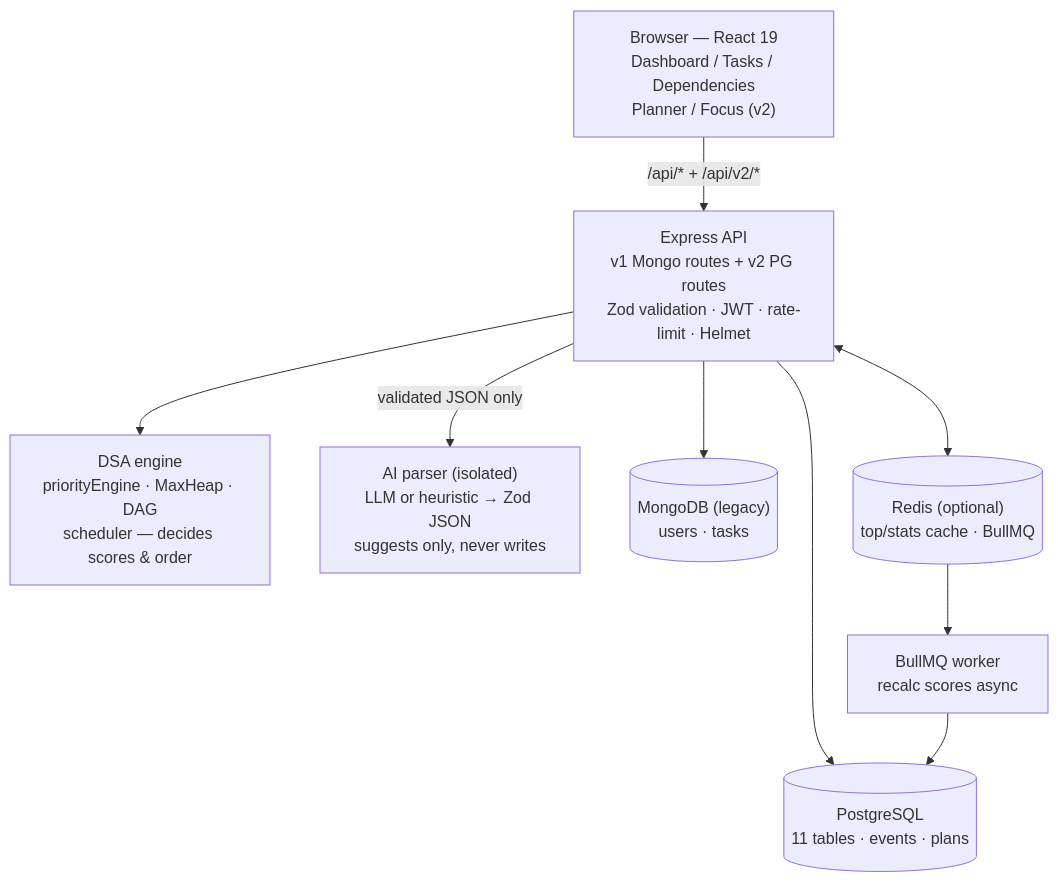
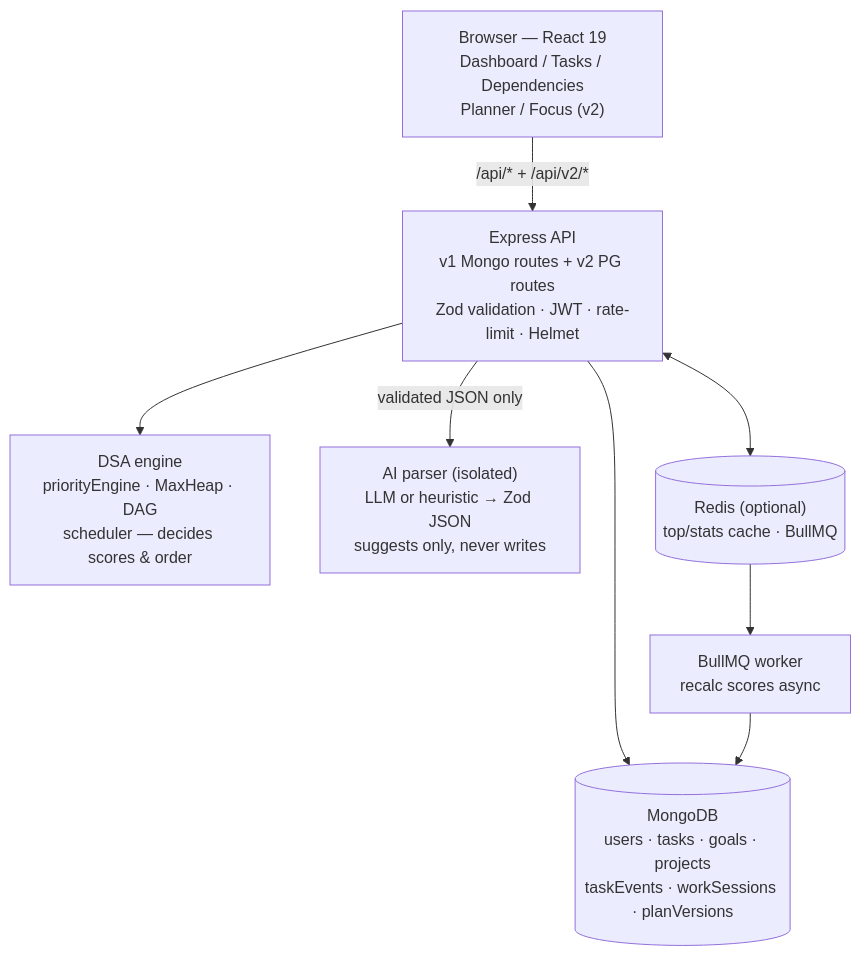
One commit to singhharshitt/PrioSync changed the first of 3 diagrams in docs/ARCHITECTURE.md. Above: the diagram before and after it, drawn with Mermaid. The commit also changed other lines of this file and 69 other files, not shown here.

````diff
--- a/docs/ARCHITECTURE.md
+++ b/docs/ARCHITECTURE.md
@@ -5,20 +5,18 @@
 ```mermaid
 flowchart TB
     Browser["Browser — React 19\nDashboard / Tasks / Dependencies\nPlanner / Focus (v2)"]
     API["Express API\nv1 Mongo routes + v2 PG routes\nZod validation · JWT · rate-limit · Helmet"]
     DSA["DSA engine\npriorityEngine · MaxHeap · DAG\nscheduler — decides scores & order"]
     AI["AI parser (isolated)\nLLM or heuristic → Zod JSON\nsuggests only, never writes"]
-    PG[("PostgreSQL\n11 tables · events · plans")]
-    Mongo[("MongoDB (legacy)\nusers · tasks")]
+    Mongo[("MongoDB\nusers · tasks · goals · projects\ntaskEvents · workSessions · planVersions")]
     Redis[("Redis (optional)\ntop/stats cache · BullMQ")]
     Worker["BullMQ worker\nrecalc scores async"]
 
     Browser -->|"/api/* + /api/v2/*"| API
     API --> DSA
     API -->|validated JSON only| AI
-    API --> PG
     API --> Mongo
     API <--> Redis
     Redis --> Worker
-    Worker --> PG
+    Worker --> Mongo
 ```
````
